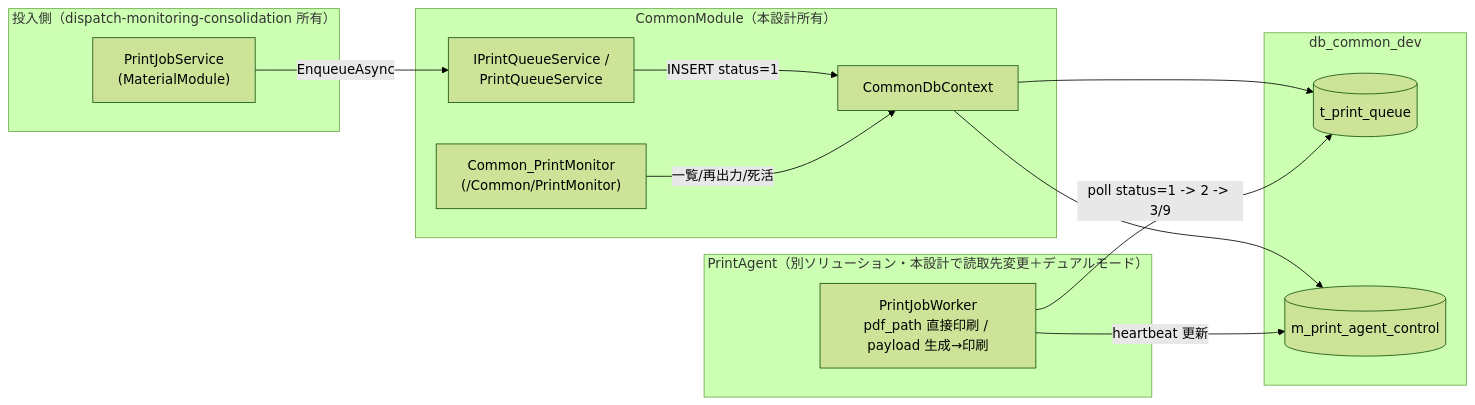
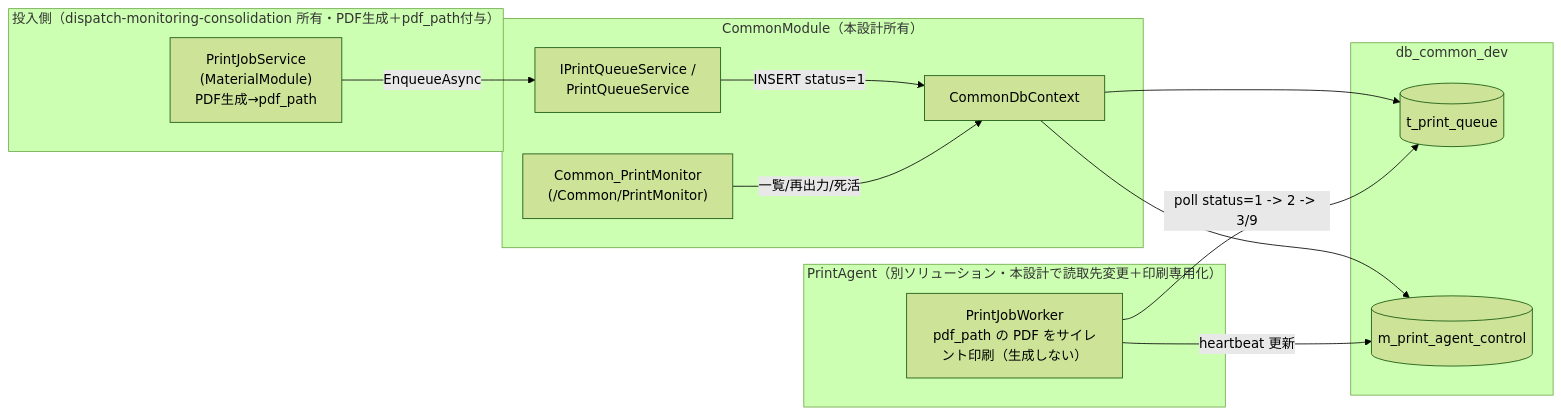
The first of 3 diagrams in .kiro/specs/CommonModule/print-platform/design.md (n-nonaka-oim/Nonaka-kiro), drawn with Mermaid (forest theme) before and after one commit. The commit also changed other lines of this file and 7 other files, not shown here.

First line of the commit message:
print-platform: 設計改訂(PrintAgent印刷専用/pdf_path一本化/print_payload廃止)をspec・docsに反映

````diff
--- a/.kiro/specs/CommonModule/print-platform/design.md
+++ b/.kiro/specs/CommonModule/print-platform/design.md
@@ -56,29 +57,29 @@
 ```mermaid
 flowchart LR
-    subgraph Producer["投入側（dispatch-monitoring-consolidation 所有）"]
-        PJS["PrintJobService<br/>(MaterialModule)"]
+    subgraph Producer["投入側（dispatch-monitoring-consolidation 所有・PDF生成＋pdf_path付与）"]
+        PJS["PrintJobService<br/>(MaterialModule)<br/>PDF生成→pdf_path"]
     end
 
     subgraph Common["CommonModule（本設計所有）"]
         IPQS["IPrintQueueService /<br/>PrintQueueService"]
         CTX["CommonDbContext"]
         MON["Common_PrintMonitor<br/>(/Common/PrintMonitor)"]
     end
 
     subgraph DB["db_common_dev"]
         TPQ[("t_print_queue")]
         MPAC[("m_print_agent_control")]
     end
 
-    subgraph Agent["PrintAgent（別ソリューション・本設計で読取先変更＋デュアルモード）"]
-        WK["PrintJobWorker<br/>pdf_path 直接印刷 / payload 生成→印刷"]
+    subgraph Agent["PrintAgent（別ソリューション・本設計で読取先変更＋印刷専用化）"]
+        WK["PrintJobWorker<br/>pdf_path の PDF をサイレント印刷（生成しない）"]
     end
 
     PJS -->|EnqueueAsync| IPQS
     IPQS -->|INSERT status=1| CTX
     CTX --> TPQ
     MON -->|一覧/再出力/死活| CTX
     CTX --> MPAC
     WK -->|poll status=1 -> 2 -> 3/9| TPQ
     WK -->|heartbeat 更新| MPAC
 ```
````
